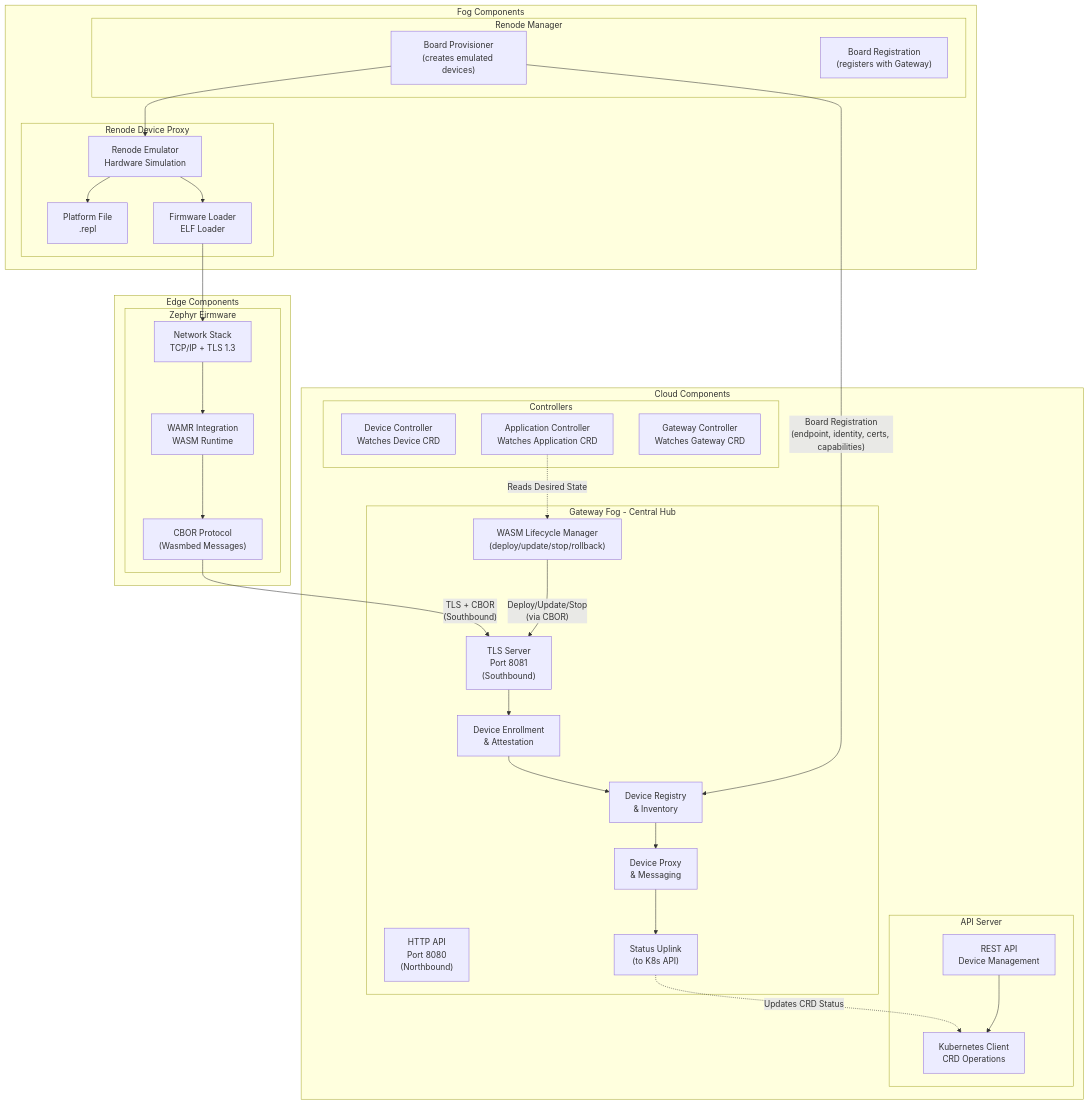
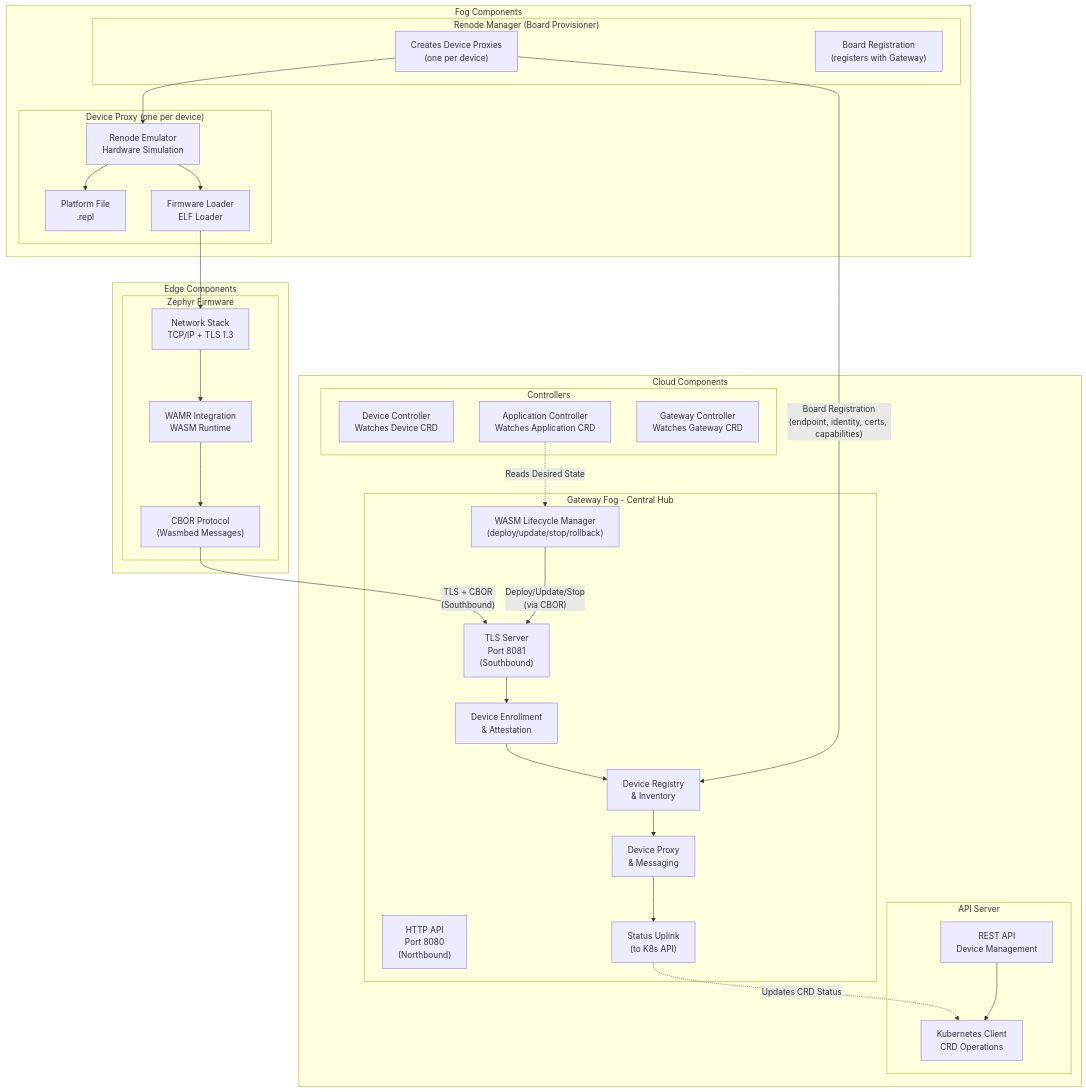
One commit to lucadagati/retrospect changed the second of 3 diagrams in README.md. Above: the diagram before and after it, drawn with Mermaid. The commit also changed other lines of this file and 39 other files, not shown here.

````diff
--- a/README.md
+++ b/README.md
@@ -112,63 +112,63 @@
 ```mermaid
 graph TB
     subgraph "Cloud Components"
         subgraph "API Server"
             API1["REST API<br/>Device Management"]
             API2["Kubernetes Client<br/>CRD Operations"]
         end
         
         subgraph "Gateway Fog - Central Hub"
             GW1["TLS Server<br/>Port 8081<br/>(Southbound)"]
             GW2["HTTP API<br/>Port 8080<br/>(Northbound)"]
             GW3["Device Enrollment<br/>& Attestation"]
             GW4["Device Registry<br/>& Inventory"]
             GW5["WASM Lifecycle Manager<br/>(deploy/update/stop/rollback)"]
             GW6["Device Proxy<br/>& Messaging"]
             GW7["Status Uplink<br/>(to K8s API)"]
         end
         
         subgraph "Controllers"
             DC["Device Controller<br/>Watches Device CRD"]
             AC["Application Controller<br/>Watches Application CRD"]
             GC["Gateway Controller<br/>Watches Gateway CRD"]
         end
     end
     
-    subgraph "Fog Components"
-        subgraph "Renode Manager"
-            RM1["Board Provisioner<br/>(creates emulated devices)"]
+        subgraph "Fog Components"
+        subgraph "Renode Manager (Board Provisioner)"
+            RM1["Creates Device Proxies<br/>(one per device)"]
             RM2["Board Registration<br/>(registers with Gateway)"]
         end
         
-        subgraph "Renode Device Proxy"
+        subgraph "Device Proxy (one per device)"
             RC1["Renode Emulator<br/>Hardware Simulation"]
             RC2["Platform File<br/>.repl"]
             RC3["Firmware Loader<br/>ELF Loader"]
         end
     end
     
     subgraph "Edge Components"
         subgraph "Zephyr Firmware"
             Z1["Network Stack<br/>TCP/IP + TLS 1.3"]
             Z2["WAMR Integration<br/>WASM Runtime"]
             Z3["CBOR Protocol<br/>(Wasmbed Messages)"]
         end
     end
     
     API1 --> API2
     RM1 --> RC1
     RM1 -->|"Board Registration<br/>(endpoint, identity, certs, capabilities)"| GW4
     RC1 --> RC2
     RC1 --> RC3
     RC3 --> Z1
     Z1 --> Z2
     Z2 --> Z3
     Z3 -->|"TLS + CBOR<br/>(Southbound)"| GW1
     GW1 --> GW3
     GW3 --> GW4
     GW4 --> GW6
     GW5 -->|"Deploy/Update/Stop<br/>(via CBOR)"| GW1
     GW6 --> GW7
     GW7 -.->|"Updates CRD Status"| API2
     AC -.->|"Reads Desired State"| GW5
 ```
````
